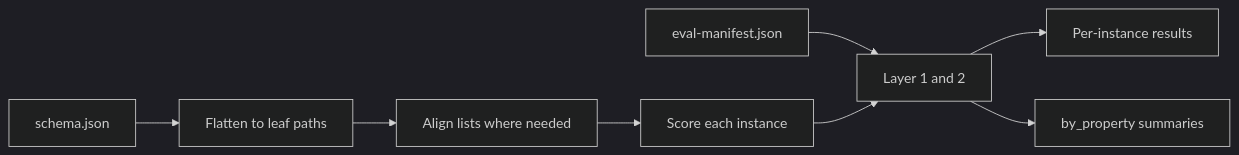
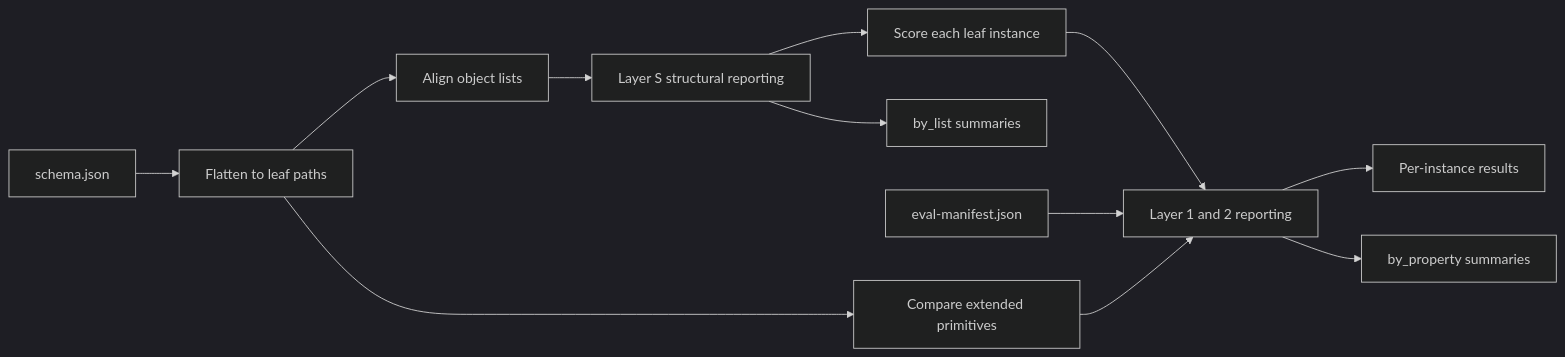
The diagram in thinking/evaluation-scoring.md (source-data/soda-mmQC), drawn with Mermaid (dark theme) before and after one commit. The commit also changed other lines of this file and 5 other files, not shown here.

Commit message:
updated thinking with structural reporting in addition to applicability and matching reporting

````diff
--- a/thinking/evaluation-scoring.md
+++ b/thinking/evaluation-scoring.md
@@ -66,10 +67,14 @@
 ```mermaid
 flowchart LR
   schema[schema.json] --> flatten[Flatten to leaf paths]
-  flatten --> align[Align lists where needed]
-  align --> score[Score each instance]
-  manifest[eval-manifest.json] --> report[Layer 1 and 2]
+  flatten --> alignObj[Align object lists]
+  alignObj --> layerS[Layer S structural reporting]
+  layerS --> score[Score each leaf instance]
+  flatten --> scorePrim[Compare extended primitives]
+  manifest[eval-manifest.json] --> report[Layer 1 and 2 reporting]
   score --> report
+  scorePrim --> report
   report --> instances[Per-instance results]
-  report --> summary[by_property summaries]
+  report --> byProp[by_property summaries]
+  layerS --> byList[by_list summaries]
 ```
````
